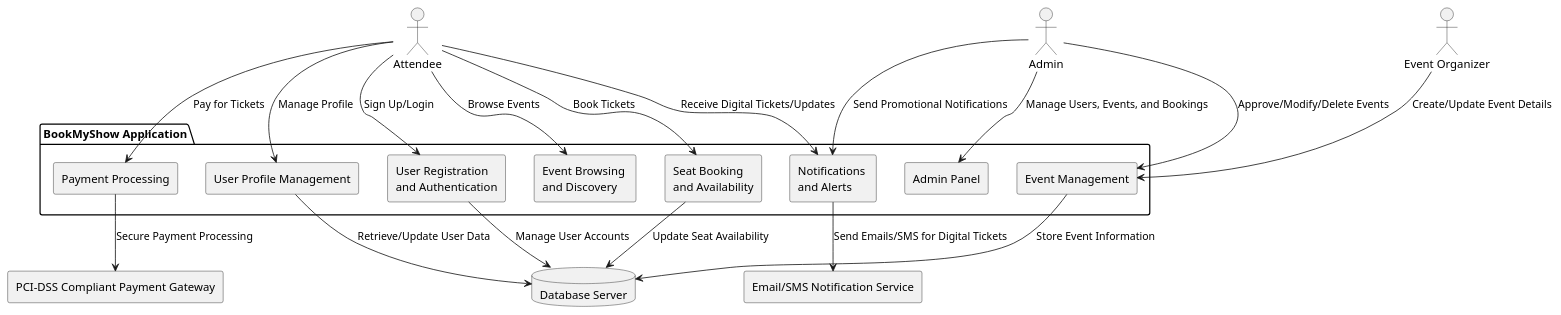
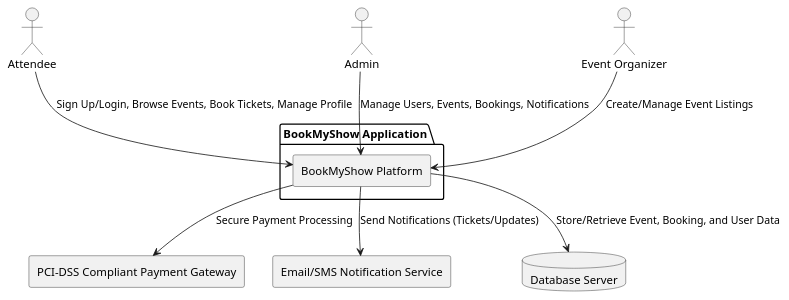
Before and after one commit to IIITLucknowSWEngg/CSITTeam012: the diagram in Assignment 02/Diagrams/Context.puml, drawn with PlantUML.

```diff
--- a/Assignment 02/Diagrams/Context.puml
+++ b/Assignment 02/Diagrams/Context.puml
@@ -1,50 +1,30 @@
 @startuml
 
 ' External Actors
 actor "Attendee" as Attendee
 actor "Admin" as Admin
 actor "Event Organizer" as EventOrganizer
 
 ' External Systems
 rectangle "PCI-DSS Compliant Payment Gateway" as PaymentGateway
 rectangle "Email/SMS Notification Service" as NotificationService
 database "Database Server" as Database
 
 ' System Boundary: BookMyShow
-package "BookMyShow Application" {
+package "BookMyShow Application" as BookMyShow {
 
-    ' Subsystems
-    rectangle "User Registration \nand Authentication" as Registration
-    rectangle "Event Browsing \nand Discovery" as EventBrowsing
-    rectangle "Seat Booking \nand Availability" as SeatBooking
-    rectangle "Payment Processing" as PaymentProcessing
-    rectangle "Admin Panel" as AdminPanel
-    rectangle "Notifications \nand Alerts" as Notifications
-    rectangle "Event Management" as EventManagement
-    rectangle "User Profile Management" as UserProfile
+    ' Single node representing the entire system
+    rectangle "BookMyShow Platform" as Platform
 }
 
-' Relationships between actors and system components
-Attendee --> Registration : Sign Up/Login
-Attendee --> EventBrowsing : Browse Events
-Attendee --> SeatBooking : Book Tickets
-Attendee --> PaymentProcessing : Pay for Tickets
-Attendee --> Notifications : Receive Digital Tickets/Updates
-Attendee --> UserProfile : Manage Profile
-
-Admin --> AdminPanel : Manage Users, Events, and Bookings
-Admin --> EventManagement : Approve/Modify/Delete Events
-Admin --> Notifications : Send Promotional Notifications
-
-EventOrganizer --> EventManagement : Create/Update Event Details
+' Relationships between actors and the system
+Attendee --> Platform : "Sign Up/Login, Browse Events, Book Tickets, Manage Profile"
+Admin --> Platform : "Manage Users, Events, Bookings, Notifications"
+EventOrganizer --> Platform : "Create/Manage Event Listings"
 
 ' External System Interactions
-EventManagement --> Database : Store Event Information
-SeatBooking --> Database : Update Seat Availability
-Registration --> Database : Manage User Accounts
-UserProfile --> Database : Retrieve/Update User Data
-
-PaymentProcessing --> PaymentGateway : Secure Payment Processing
-Notifications --> NotificationService : Send Emails/SMS for Digital Tickets
+Platform --> PaymentGateway : "Secure Payment Processing"
+Platform --> NotificationService : "Send Notifications (Tickets/Updates)"
+Platform --> Database : "Store/Retrieve Event, Booking, and User Data"
 
 @enduml
```
